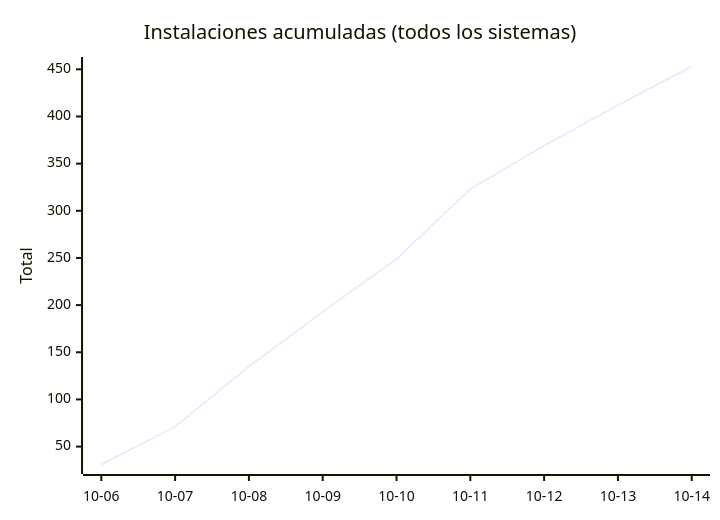
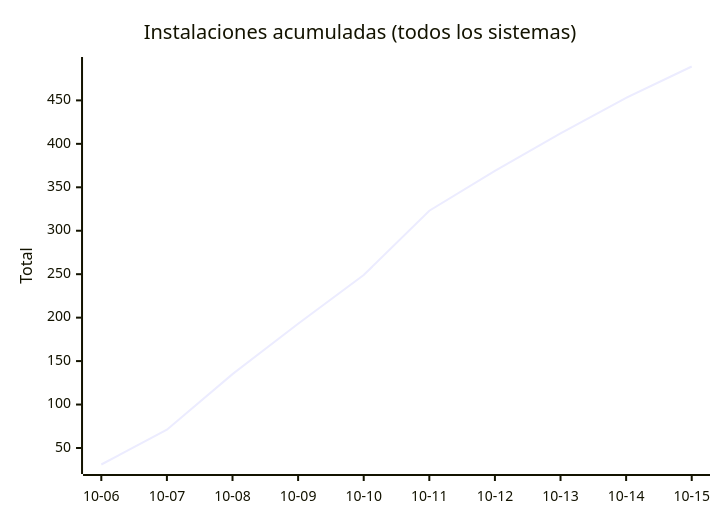
Before and after one commit to EmuDeck/stats: the seventh of 8 diagrams in README.md, drawn with Mermaid. The commit also changed other lines of this file and 2 other files, not shown here.

````diff
--- a/README.md
+++ b/README.md
@@ -76,7 +76,7 @@
 ```mermaid
 xychart-beta
     title "Instalaciones acumuladas (todos los sistemas)"
-    x-axis ["10-06", "10-07", "10-08", "10-09", "10-10", "10-11", "10-12", "10-13", "10-14"]
+    x-axis ["10-06", "10-07", "10-08", "10-09", "10-10", "10-11", "10-12", "10-13", "10-14", "10-15"]
     y-axis "Total"
-    line [31, 71, 135, 193, 249, 323, 369, 412, 453]
+    line [31, 71, 135, 193, 249, 323, 369, 412, 453, 489]
 ```
````
